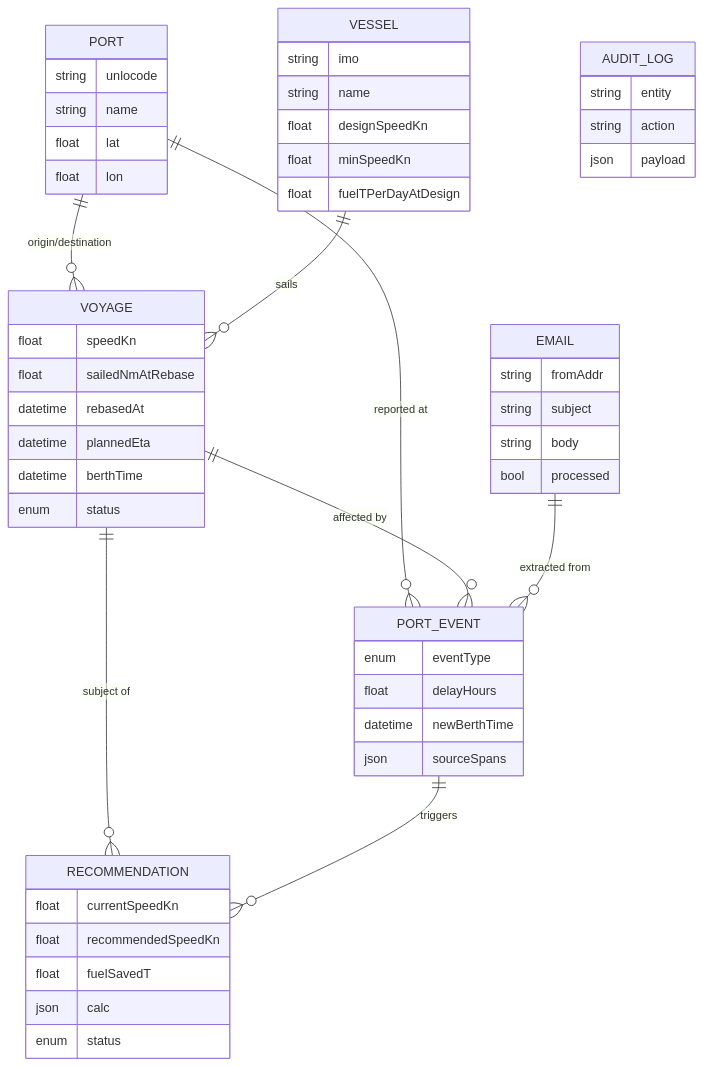
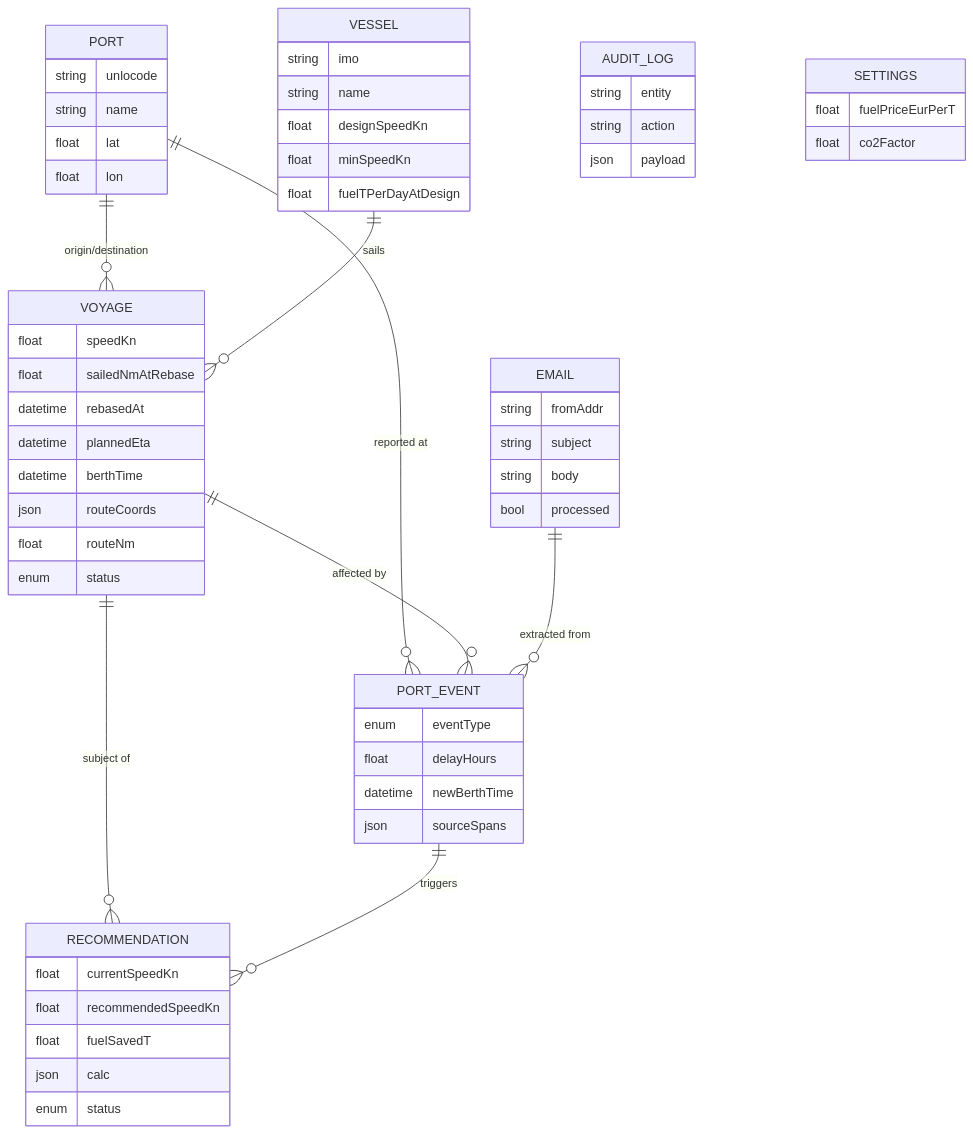
Before and after one commit to netcompany-hack-2026-overflow/maritime-assistant-v2: the second of 2 diagrams in README.md, drawn with Mermaid. The commit also changed other lines of this file and 1 other file, not shown here.

````diff
--- a/README.md
+++ b/README.md
@@ -126,56 +140,62 @@
 ```mermaid
 erDiagram
     PORT ||--o{ VOYAGE : "origin/destination"
     PORT ||--o{ PORT_EVENT : "reported at"
     VESSEL ||--o{ VOYAGE : "sails"
     VOYAGE ||--o{ PORT_EVENT : "affected by"
     VOYAGE ||--o{ RECOMMENDATION : "subject of"
     EMAIL ||--o{ PORT_EVENT : "extracted from"
     PORT_EVENT ||--o{ RECOMMENDATION : "triggers"
 
     PORT {
         string unlocode
         string name
         float lat
         float lon
     }
     VESSEL {
         string imo
         string name
         float designSpeedKn
         float minSpeedKn
         float fuelTPerDayAtDesign
     }
     VOYAGE {
         float speedKn
         float sailedNmAtRebase
         datetime rebasedAt
         datetime plannedEta
         datetime berthTime
+        json routeCoords
+        float routeNm
         enum status
     }
     EMAIL {
         string fromAddr
         string subject
         string body
         bool processed
     }
     PORT_EVENT {
         enum eventType
         float delayHours
         datetime newBerthTime
         json sourceSpans
     }
     RECOMMENDATION {
         float currentSpeedKn
         float recommendedSpeedKn
         float fuelSavedT
         json calc
         enum status
     }
     AUDIT_LOG {
         string entity
         string action
         json payload
     }
+    SETTINGS {
+        float fuelPriceEurPerT
+        float co2Factor
+    }
 ```
````
